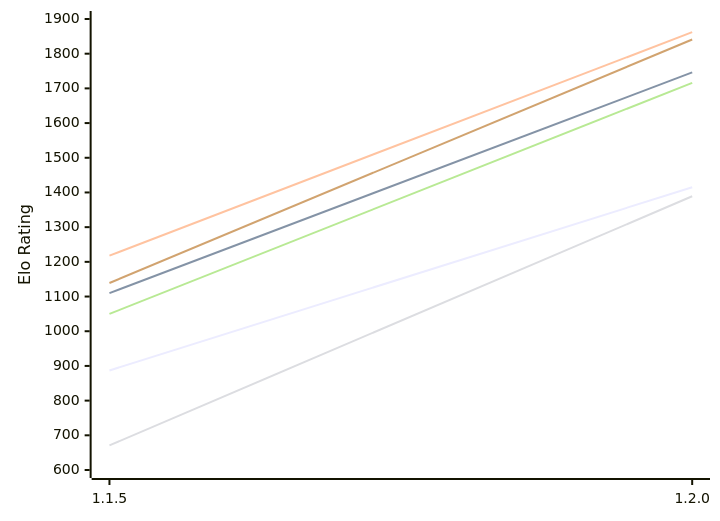
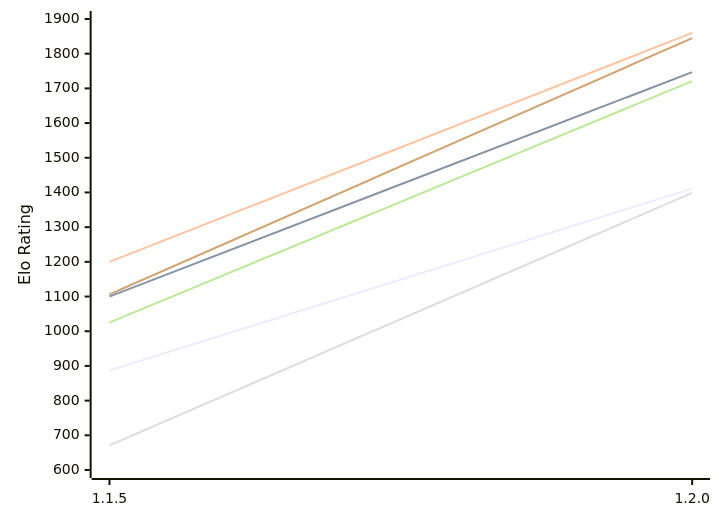
Before and after one commit to computer-chess-index/cci: the first of 2 diagrams in engines/ChessCore.md, drawn with Mermaid. The commit also changed other lines of this file, not shown here.

Commit message:
Update CCI Ratings (ELO VLTC) - 2026-11-17

````diff
--- a/engines/ChessCore.md
+++ b/engines/ChessCore.md
@@ -53,12 +53,12 @@
 ```mermaid
 %%{init: {"theme":"base","themeVariables":{"seriesColors:['#a3a3a3','#222221','#faa371']}}}%%
 xychart-beta
   x-axis ["1.1.5", "1.2.0"]
   y-axis "Elo Rating" 600 --> 1900
-  line "E1: STC (8.0+0.08s)" [887, 1415]
-  line "E1: LTC (60.0+0.60s)" [1110, 1746]
-  line "E1: VLTC (2m24s+1.12s)" [1218, 1862]
-  line "P1: STC (8.0+0.08s)" [671, 1389]
-  line "P1: LTC (60.0+0.60s)" [1050, 1716]
-  line "P1: VLTC (2m24s+1.12s)" [1139, 1841]
+  line "E1: STC (8.0+0.08s)" [887, 1411]
+  line "E1: LTC (60.0+0.60s)" [1100, 1747]
+  line "E1: VLTC (2m24s+1.12s)" [1200, 1860]
+  line "P1: STC (8.0+0.08s)" [671, 1399]
+  line "P1: LTC (60.0+0.60s)" [1025, 1721]
+  line "P1: VLTC (2m24s+1.12s)" [1106, 1845]
 ```
````
